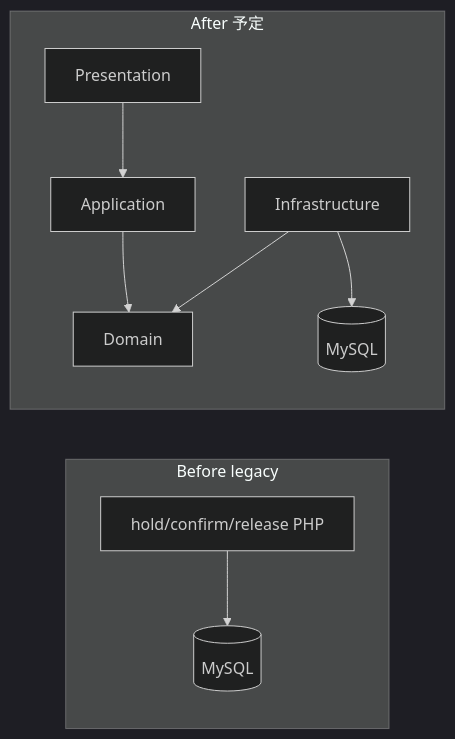
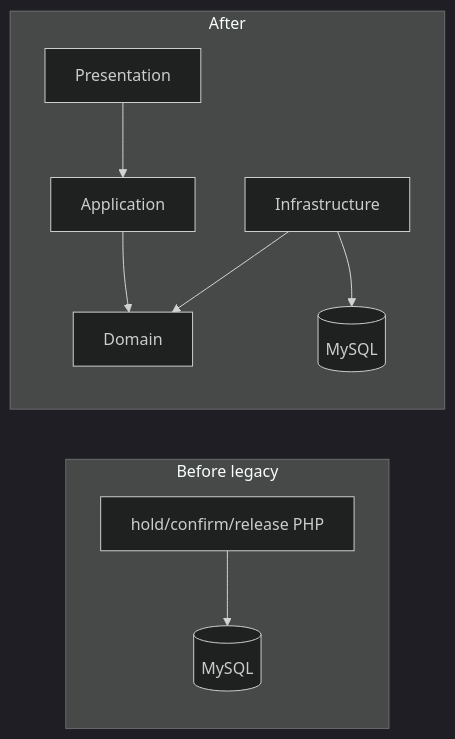
The diagram in README.md (tetsushi-k/ticket-hold-legacy-replace), drawn with Mermaid (dark theme) before and after one commit. The commit also changed other lines of this file and 19 other files, not shown here.

````diff
--- a/README.md
+++ b/README.md
@@ -32,12 +33,12 @@
 ```mermaid
 flowchart LR
   subgraph before [Before legacy]
     P[hold/confirm/release PHP] --> DB[(MySQL)]
   end
-  subgraph after [After 予定]
+  subgraph after [After]
     API[Presentation] --> App[Application]
     App --> Dom[Domain]
     Infra[Infrastructure] --> Dom
     Infra --> DB2[(MySQL)]
   end
 ```
````
